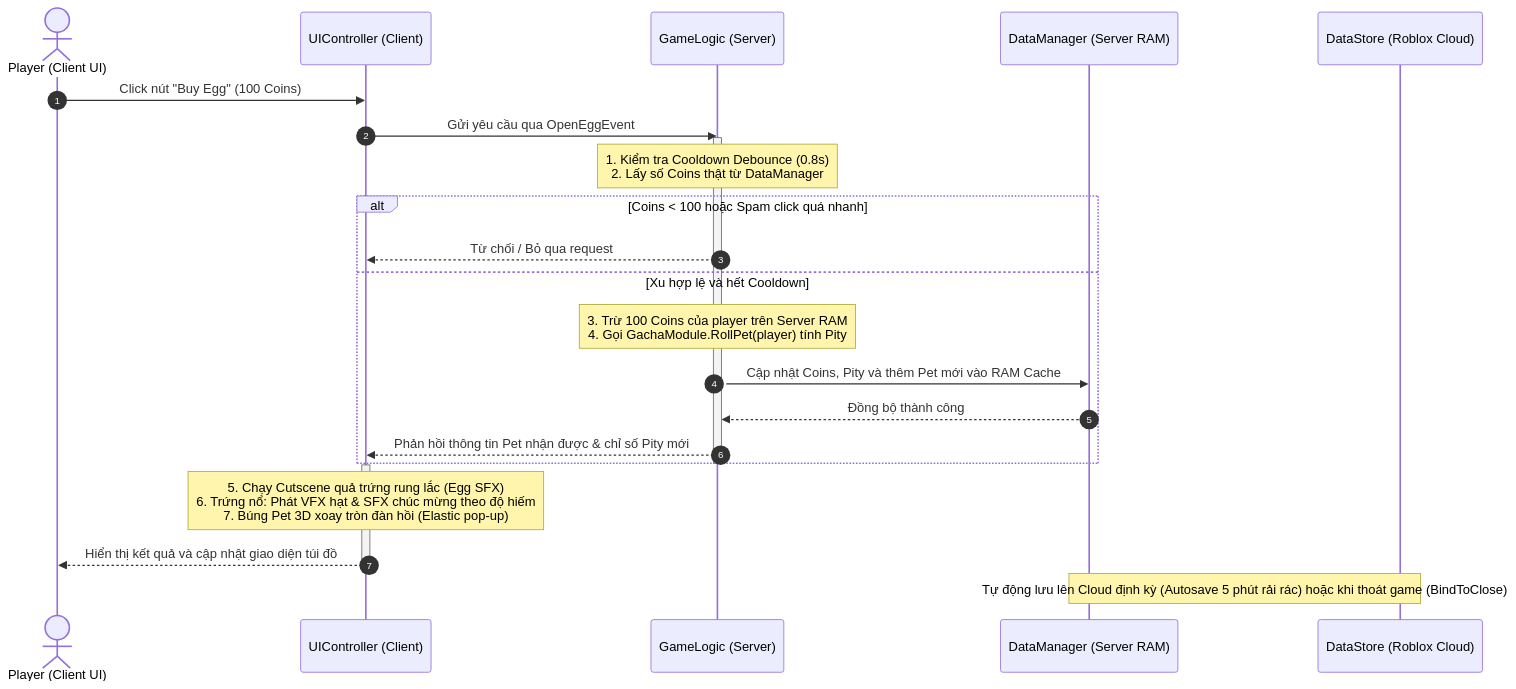
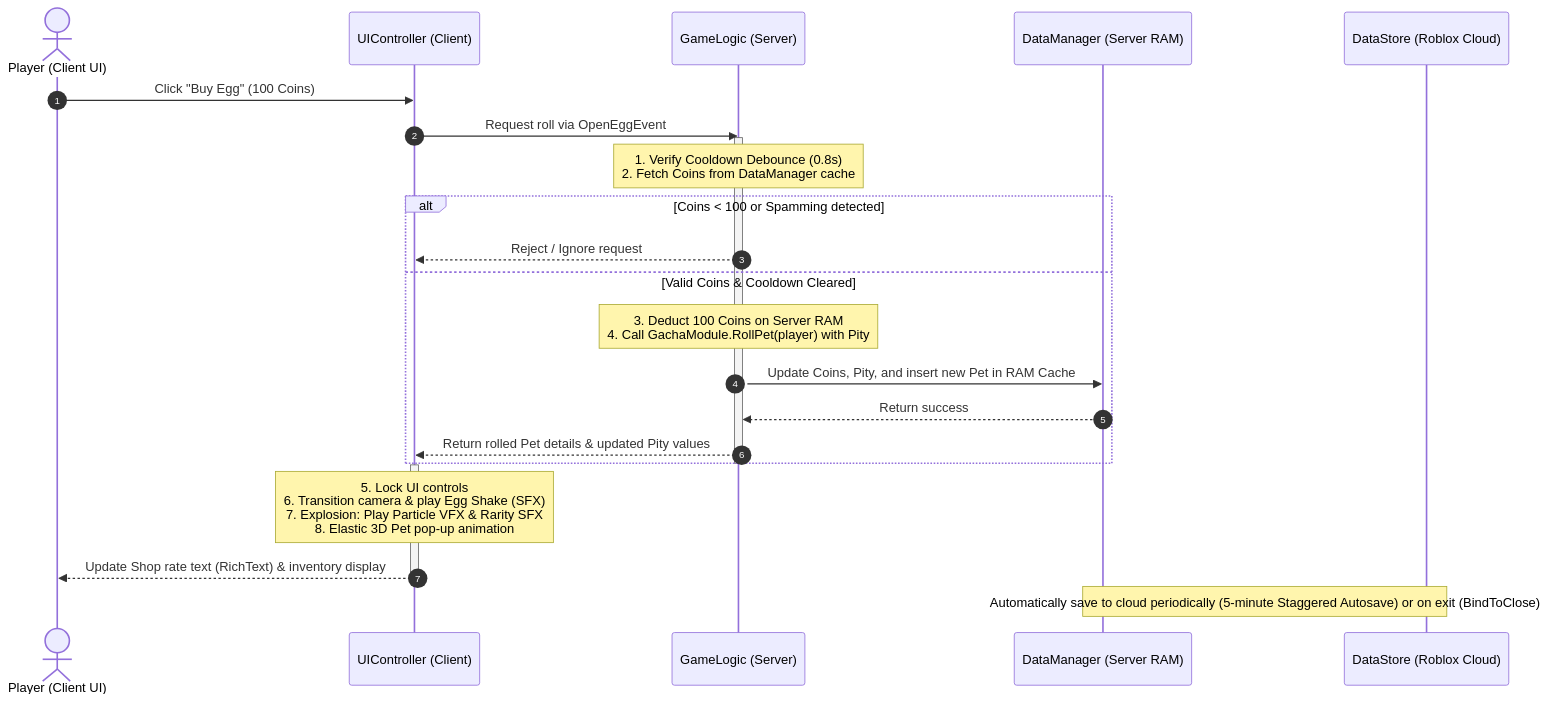
Before and after one commit to Sang-GameStudio/gachapet-roblox: the first of 2 diagrams in README.md, drawn with Mermaid. The commit also changed other lines of this file and 12 other files, not shown here.

````diff
--- a/README.md
+++ b/README.md
@@ -56,32 +62,32 @@
 ```mermaid
 sequenceDiagram
     autonumber
     actor Player as Player (Client UI)
     participant LocalScript as UIController (Client)
     participant GameLogic as GameLogic (Server)
     participant DataManager as DataManager (Server RAM)
     participant DataStore as DataStore (Roblox Cloud)
 
-    Player->>LocalScript: Click nút "Buy Egg" (100 Coins)
-    LocalScript->>GameLogic: Gửi yêu cầu qua OpenEggEvent
+    Player->>LocalScript: Click "Buy Egg" (100 Coins)
+    LocalScript->>GameLogic: Request roll via OpenEggEvent
     
     activate GameLogic
-    Note over GameLogic: 1. Kiểm tra Cooldown Debounce (0.8s)<br/>2. Lấy số Coins thật từ DataManager
+    Note over GameLogic: 1. Verify Cooldown Debounce (0.8s)<br/>2. Fetch Coins from DataManager cache
     
-    alt Coins < 100 hoặc Spam click quá nhanh
-        GameLogic-->>LocalScript: Từ chối / Bỏ qua request
-    else Xu hợp lệ và hết Cooldown
-        Note over GameLogic: 3. Trừ 100 Coins của player trên Server RAM<br/>4. Gọi GachaModule.RollPet(player) tính Pity
-        GameLogic->>DataManager: Cập nhật Coins, Pity và thêm Pet mới vào RAM Cache
-        DataManager-->>GameLogic: Đồng bộ thành công
-        GameLogic-->>LocalScript: Phản hồi thông tin Pet nhận được & chỉ số Pity mới
+    alt Coins < 100 or Spamming detected
+        GameLogic-->>LocalScript: Reject / Ignore request
+    else Valid Coins & Cooldown Cleared
+        Note over GameLogic: 3. Deduct 100 Coins on Server RAM<br/>4. Call GachaModule.RollPet(player) with Pity
+        GameLogic->>DataManager: Update Coins, Pity, and insert new Pet in RAM Cache
+        DataManager-->>GameLogic: Return success
+        GameLogic-->>LocalScript: Return rolled Pet details & updated Pity values
     end
     deactivate GameLogic
 
     activate LocalScript
-    Note over LocalScript: 5. Chạy Cutscene quả trứng rung lắc (Egg SFX)<br/>6. Trứng nổ: Phát VFX hạt & SFX chúc mừng theo độ hiếm<br/>7. Búng Pet 3D xoay tròn đàn hồi (Elastic pop-up)
-    LocalScript-->>Player: Hiển thị kết quả và cập nhật giao diện túi đồ
+    Note over LocalScript: 5. Lock UI controls<br/>6. Transition camera & play Egg Shake (SFX)<br/>7. Explosion: Play Particle VFX & Rarity SFX<br/>8. Elastic 3D Pet pop-up animation
+    LocalScript-->>Player: Update Shop rate text (RichText) & inventory display
     deactivate LocalScript
 
-    Note over DataManager, DataStore: Tự động lưu lên Cloud định kỳ (Autosave 5 phút rải rác) hoặc khi thoát game (BindToClose)
+    Note over DataManager, DataStore: Automatically save to cloud periodically (5-minute Staggered Autosave) or on exit (BindToClose)
 ```
````
